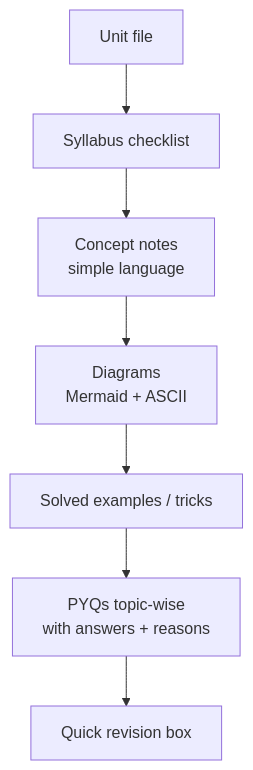
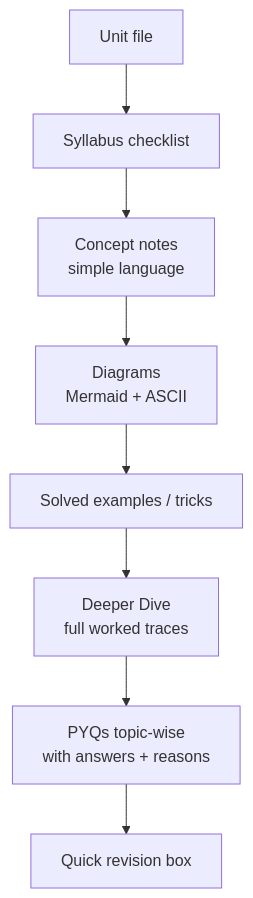
One commit to Taherabegum786/my_project changed the third of 3 diagrams in README.md. Above: the diagram before and after it, drawn with Mermaid. The commit also changed other lines of this file and 159 other files, not shown here.

First line of the commit message:
Add LaTeX book, expand every unit, fix diagram and list alignment

````diff
--- a/README.md
+++ b/README.md
@@ -110,9 +110,10 @@
 ```mermaid
 flowchart TD
     A[Unit file] --> B[Syllabus checklist]
     B --> C[Concept notes<br/>simple language]
     C --> D[Diagrams<br/>Mermaid + ASCII]
     D --> E[Solved examples / tricks]
-    E --> F[PYQs topic-wise<br/>with answers + reasons]
+    E --> DD[Deeper Dive<br/>full worked traces]
+    DD --> F[PYQs topic-wise<br/>with answers + reasons]
     F --> G[Quick revision box]
 ```
````
